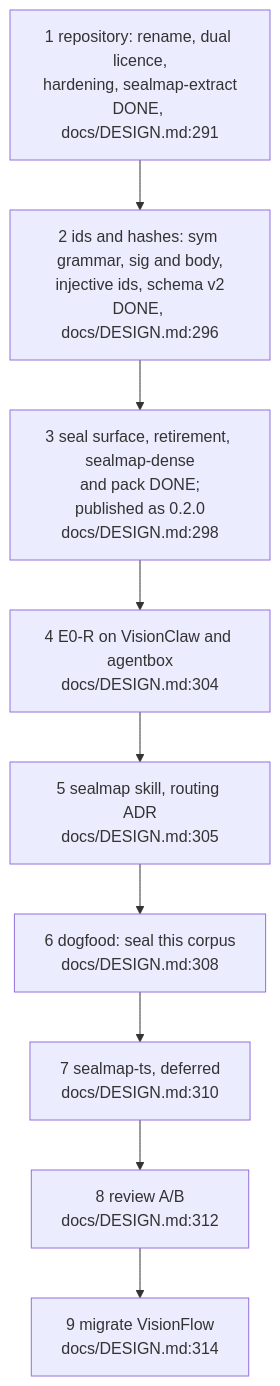
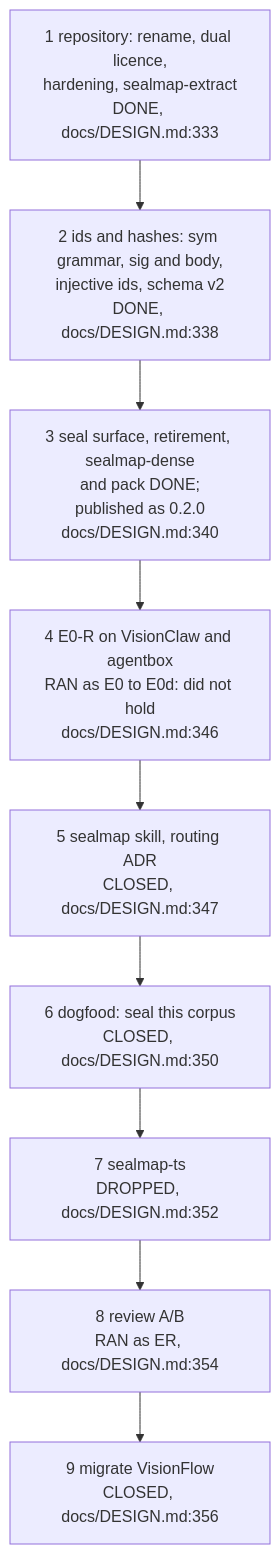
Before and after one commit to DreamLab-AI/codemaid: the second of 6 diagrams in docs/diagrams/delivery/02-design-versus-code.md, drawn with Mermaid. The commit also changed other lines of this file and 7 other files, not shown here.

First line of the commit message:
docs(diagrams): align DEL-01, DEL-02, COR-04, COR-06 and MOD-02 with the evidence

````diff
--- a/docs/diagrams/delivery/02-design-versus-code.md
+++ b/docs/diagrams/delivery/02-design-versus-code.md
@@ -102,13 +109,13 @@
 ```mermaid
 flowchart TB
-    S1["1 repository: rename, dual licence,<br/>hardening, sealmap-extract<br/>DONE, docs/DESIGN.md:291"]
-    S2["2 ids and hashes: sym grammar, sig and body,<br/>injective ids, schema v2<br/>DONE, docs/DESIGN.md:296"]
-    S3["3 seal surface, retirement, sealmap-dense<br/>and pack DONE;<br/>published as 0.2.0<br/>docs/DESIGN.md:298"]
-    S4["4 E0-R on VisionClaw and agentbox<br/>docs/DESIGN.md:304"]
-    S5["5 sealmap skill, routing ADR<br/>docs/DESIGN.md:305"]
-    S6["6 dogfood: seal this corpus<br/>docs/DESIGN.md:308"]
-    S7["7 sealmap-ts, deferred<br/>docs/DESIGN.md:310"]
-    S8["8 review A/B<br/>docs/DESIGN.md:312"]
-    S9["9 migrate VisionFlow<br/>docs/DESIGN.md:314"]
+    S1["1 repository: rename, dual licence,<br/>hardening, sealmap-extract<br/>DONE, docs/DESIGN.md:333"]
+    S2["2 ids and hashes: sym grammar, sig and body,<br/>injective ids, schema v2<br/>DONE, docs/DESIGN.md:338"]
+    S3["3 seal surface, retirement, sealmap-dense<br/>and pack DONE;<br/>published as 0.2.0<br/>docs/DESIGN.md:340"]
+    S4["4 E0-R on VisionClaw and agentbox<br/>RAN as E0 to E0d: did not hold<br/>docs/DESIGN.md:346"]
+    S5["5 sealmap skill, routing ADR<br/>CLOSED, docs/DESIGN.md:347"]
+    S6["6 dogfood: seal this corpus<br/>CLOSED, docs/DESIGN.md:350"]
+    S7["7 sealmap-ts<br/>DROPPED, docs/DESIGN.md:352"]
+    S8["8 review A/B<br/>RAN as ER, docs/DESIGN.md:354"]
+    S9["9 migrate VisionFlow<br/>CLOSED, docs/DESIGN.md:356"]
     S1 --> S2 --> S3 --> S4 --> S5 --> S6 --> S7 --> S8 --> S9
 ```
````
